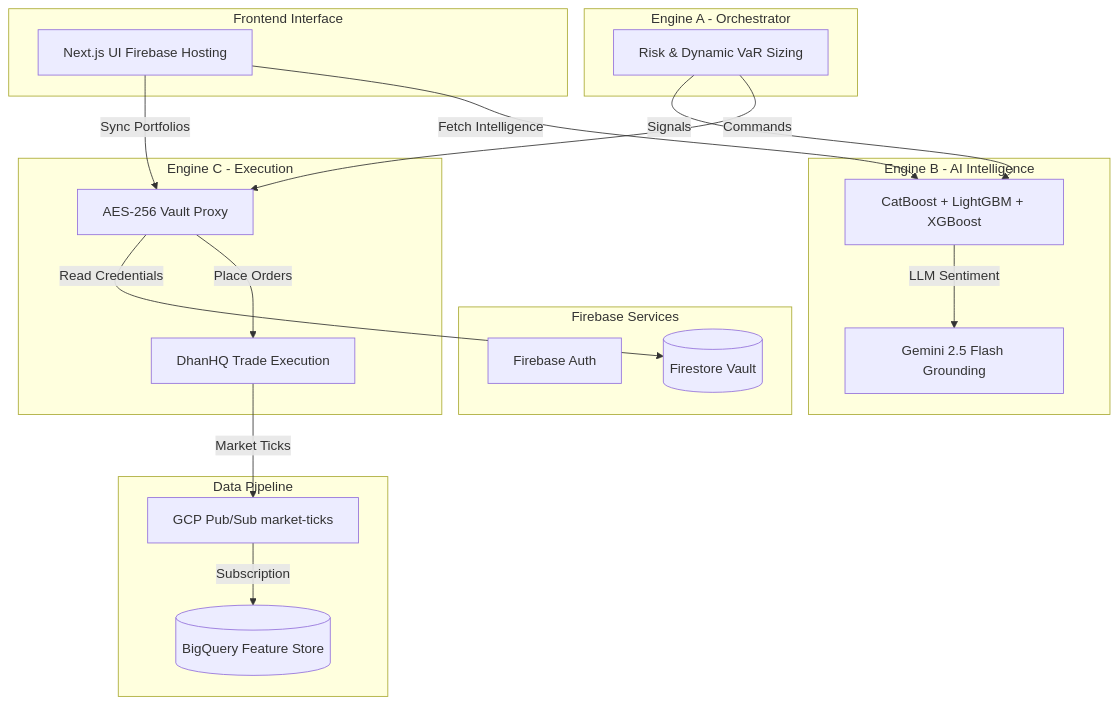
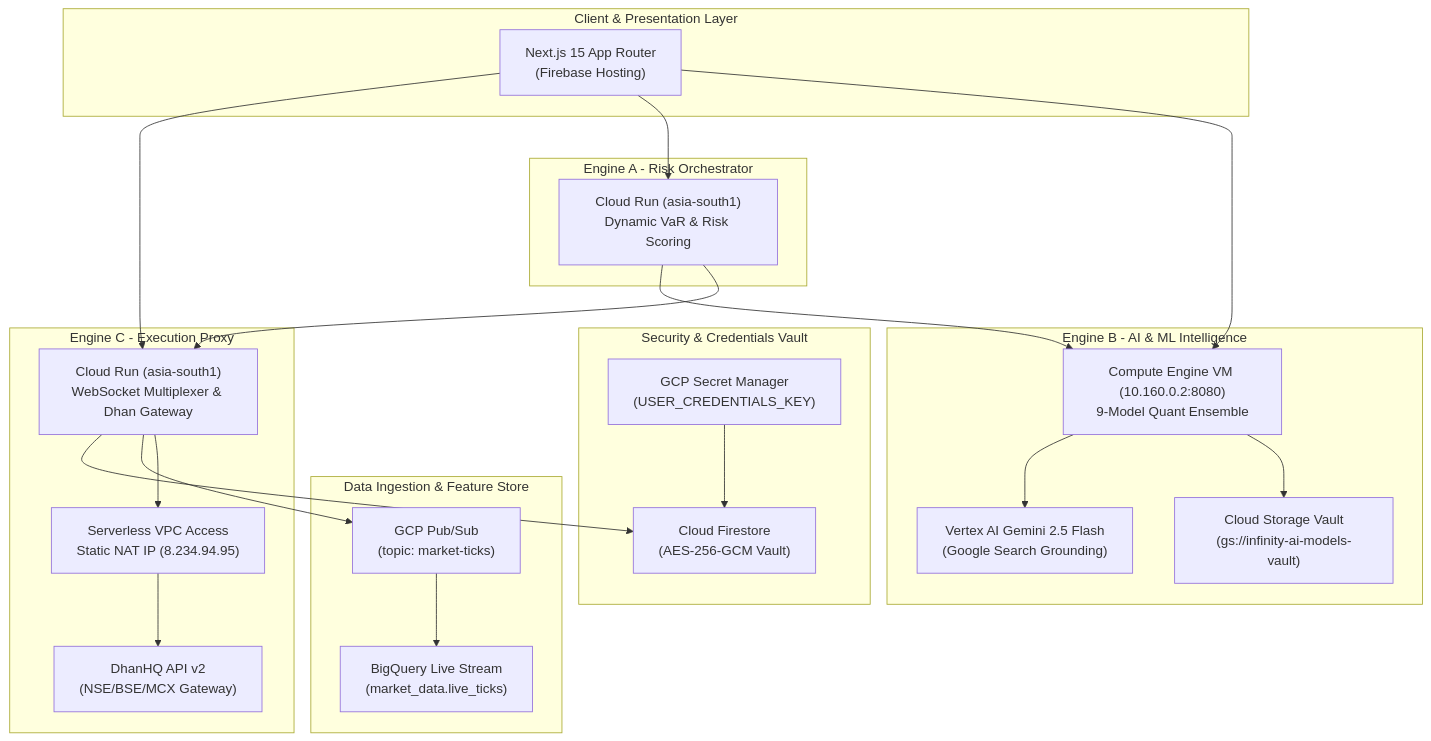
Before and after one commit to raghu-1718/InfinityAI.Pro: the diagram in README.md, drawn with Mermaid. The commit also changed other lines of this file and 4 other files, not shown here.

Commit message:
docs(readme): entirely refine README with updated institutional multi-engine architecture, quant audits, and diagnostics

````diff
--- a/README.md
+++ b/README.md
@@ -82,41 +36,47 @@
 ```mermaid
 flowchart TD
-    subgraph Frontend [Frontend Interface]
-        UI[Next.js UI Firebase Hosting]
+    subgraph Client [Client & Presentation Layer]
+        UI["Next.js 15 App Router<br/>(Firebase Hosting)"]
     end
 
-    subgraph Firebase [Firebase Services]
-        Auth[Firebase Auth]
-        Firestore[(Firestore Vault)]
+    subgraph Security [Security & Credentials Vault]
+        SM["GCP Secret Manager<br/>(USER_CREDENTIALS_KEY)"]
+        Firestore["Cloud Firestore<br/>(AES-256-GCM Vault)"]
     end
 
-    subgraph EngineB [Engine B - AI Intelligence]
-        VertexAI[Gemini 2.5 Flash Grounding]
-        MLOps[CatBoost + LightGBM + XGBoost]
+    subgraph Data [Data Ingestion & Feature Store]
+        PubSub["GCP Pub/Sub<br/>(topic: market-ticks)"]
+        BQ["BigQuery Live Stream<br/>(market_data.live_ticks)"]
     end
 
-    subgraph EngineC [Engine C - Execution]
-        Proxy[AES-256 Vault Proxy]
-        Broker[DhanHQ Trade Execution]
+    subgraph Intelligence [Engine B - AI & ML Intelligence]
+        VM["Compute Engine VM (10.160.0.2:8080)<br/>9-Model Quant Ensemble"]
+        VertexAI["Vertex AI Gemini 2.5 Flash<br/>(Google Search Grounding)"]
+        GCS["Cloud Storage Vault<br/>(gs://infinity-ai-models-vault)"]
     end
 
-    subgraph EngineA [Engine A - Orchestrator]
-        Logic[Risk & Dynamic VaR Sizing]
+    subgraph Orchestration [Engine A - Risk Orchestrator]
+        EngineA["Cloud Run (asia-south1)<br/>Dynamic VaR & Risk Scoring"]
     end
 
-    subgraph DataPipeline [Data Pipeline]
-        PubSub[GCP Pub/Sub market-ticks]
-        BQ[(BigQuery Feature Store)]
+    subgraph Execution [Engine C - Execution Proxy]
+        EngineC["Cloud Run (asia-south1)<br/>WebSocket Multiplexer & Dhan Gateway"]
+        VPC["Serverless VPC Access<br/>Static NAT IP (8.234.94.95)"]
+        Dhan["DhanHQ API v2<br/>(NSE/BSE/MCX Gateway)"]
     end
 
-    %% Connections
-    UI -- "Sync Portfolios" --> Proxy
-    UI -- "Fetch Intelligence" --> MLOps
-    Proxy -- "Read Credentials" --> Firestore
-    MLOps -- "LLM Sentiment" --> VertexAI
-    Logic -- "Signals" --> MLOps
-    Logic -- "Commands" --> Proxy
-    Proxy -- "Place Orders" --> Broker
-    PubSub -- "Subscription" --> BQ
-    Broker -- "Market Ticks" --> PubSub
+    %% Wiring
+    UI --> EngineC
+    UI --> EngineA
+    UI --> VM
+    EngineC --> Firestore
+    SM --> Firestore
+    EngineC --> PubSub
+    PubSub --> BQ
+    VM --> VertexAI
+    VM --> GCS
+    EngineA --> VM
+    EngineA --> EngineC
+    EngineC --> VPC
+    VPC --> Dhan
 ```
````
